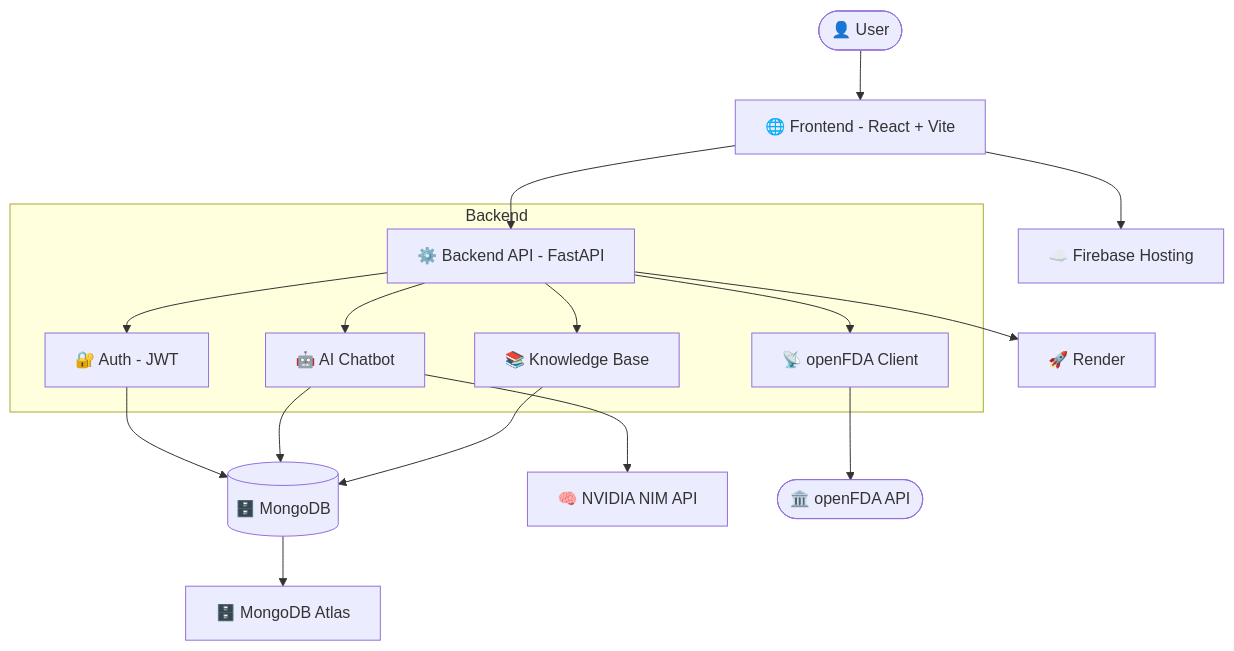
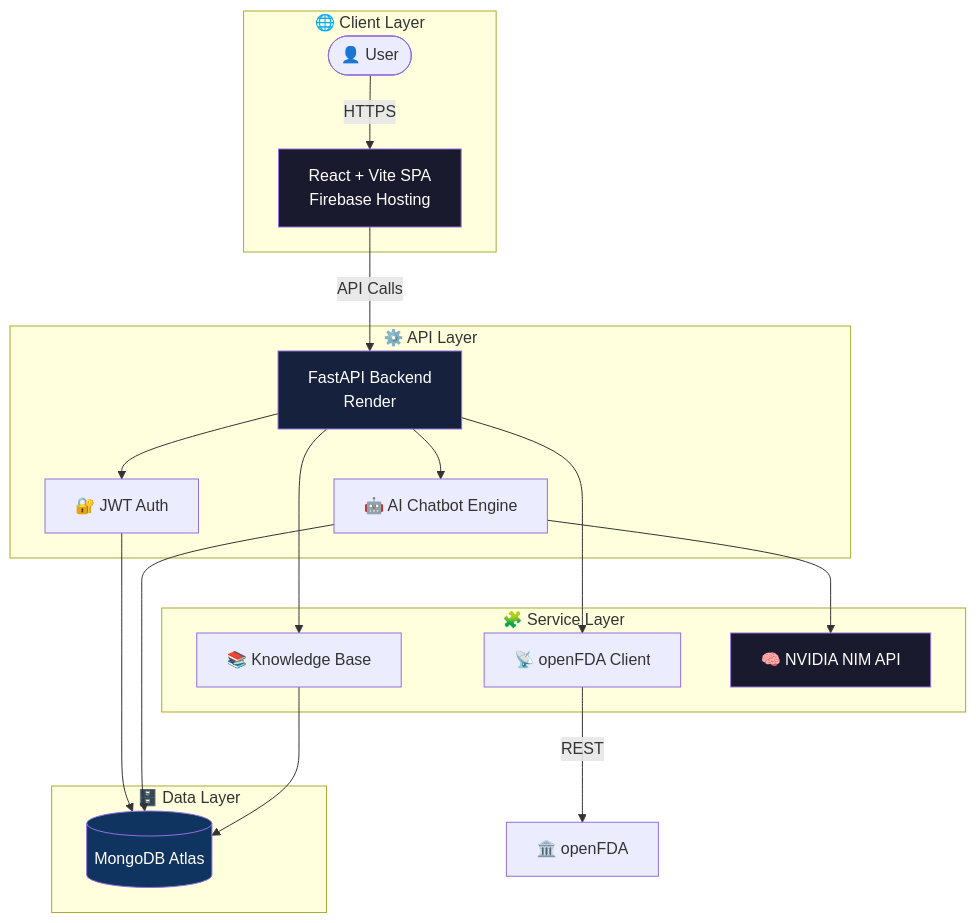
Before and after one commit to Satendra90390/Mendly: the first of 5 diagrams in README.md, drawn with Mermaid. The commit also changed other lines of this file, not shown here.

Commit message:
redesign README: modern layout, system architecture diagram, AI model section, roadmap with Gantt chart, usage flowcharts

````diff
--- a/README.md
+++ b/README.md
@@ -69,23 +90,40 @@
 ```mermaid
-graph TD
-    User([👤 User]) --> FE[🌐 Frontend - React + Vite]
-    FE --> BE[⚙️ Backend API - FastAPI]
-    
-    subgraph Backend
-        BE --> Auth[🔐 Auth - JWT]
-        BE --> Chat[🤖 AI Chatbot]
-        BE --> FDA[📡 openFDA Client]
-        BE --> KB[📚 Knowledge Base]
+graph TB
+    subgraph Client["🌐 Client Layer"]
+        User([👤 User])
+        FE[React + Vite SPA<br/>Firebase Hosting]
     end
-    
-    Auth --> DB[(🗄️ MongoDB)]
+
+    subgraph API["⚙️ API Layer"]
+        BE[FastAPI Backend<br/>Render]
+        Auth[🔐 JWT Auth]
+        Chat[🤖 AI Chatbot Engine]
+    end
+
+    subgraph Services["🧩 Service Layer"]
+        FDA[📡 openFDA Client]
+        KB[📚 Knowledge Base]
+        NIM[🧠 NVIDIA NIM API]
+    end
+
+    subgraph Data["🗄️ Data Layer"]
+        DB[(MongoDB Atlas)]
+    end
+
+    User -->|HTTPS| FE
+    FE -->|API Calls| BE
+    BE --> Auth
+    BE --> Chat
+    BE --> FDA
+    BE --> KB
+    Auth --> DB
+    Chat --> NIM
     Chat --> DB
     KB --> DB
-    
-    Chat --> NIM[🧠 NVIDIA NIM API]
-    FDA --> OpenFDA([🏛️ openFDA API])
-    
-    FE --> FH[☁️ Firebase Hosting]
-    BE --> Render[🚀 Render]
-    DB --> Atlas[🗄️ MongoDB Atlas]
+    FDA -->|REST| OpenFDA[🏛️ openFDA]
+
+    style FE fill:#1a1a2e,color:#fff
+    style BE fill:#16213e,color:#fff
+    style DB fill:#0f3460,color:#fff
+    style NIM fill:#1a1a2e,color:#fff
 ```
````
